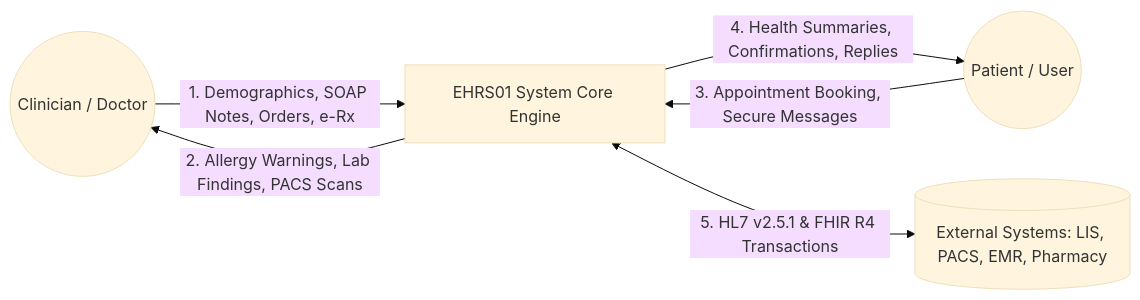
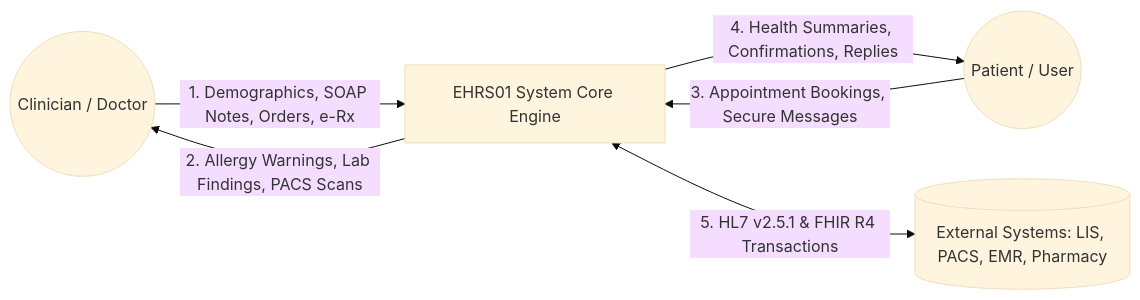
The second of 2 diagrams in PROJECT_SYNOPSIS_REPORT.md (sangal-vanshi21/EHRS-health-record), drawn with Mermaid (base theme) before and after one commit. The commit also changed other lines of this file and 2 other files, not shown here.

````diff
--- a/PROJECT_SYNOPSIS_REPORT.md
+++ b/PROJECT_SYNOPSIS_REPORT.md
@@ -78,10 +78,10 @@
 ```mermaid
 flowchart LR
     Clinician(("Clinician / Doctor")) -->|1. Demographics, SOAP Notes, Orders, e-Rx| EHRSystem["EHRS01 System Core Engine"]
     EHRSystem -->|2. Allergy Warnings, Lab Findings, PACS Scans| Clinician
     
-    Patient(("Patient / User")) -->|3. Appointment Booking, Secure Messages| EHRSystem
+    Patient(("Patient / User")) -->|3. Appointment Bookings, Secure Messages| EHRSystem
     EHRSystem -->|4. Health Summaries, Confirmations, Replies| Patient
     
     EHRSystem <-->|5. HL7 v2.5.1 & FHIR R4 Transactions| HospitalSystems[("External Systems: LIS, PACS, EMR, Pharmacy")]
 ```
````
